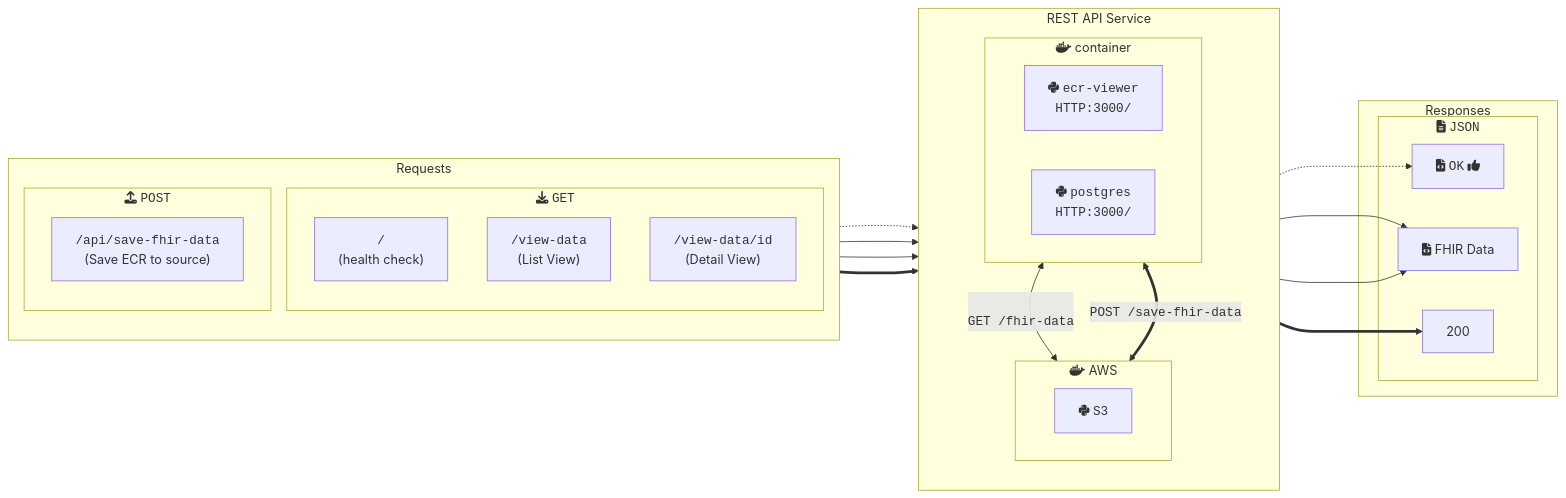
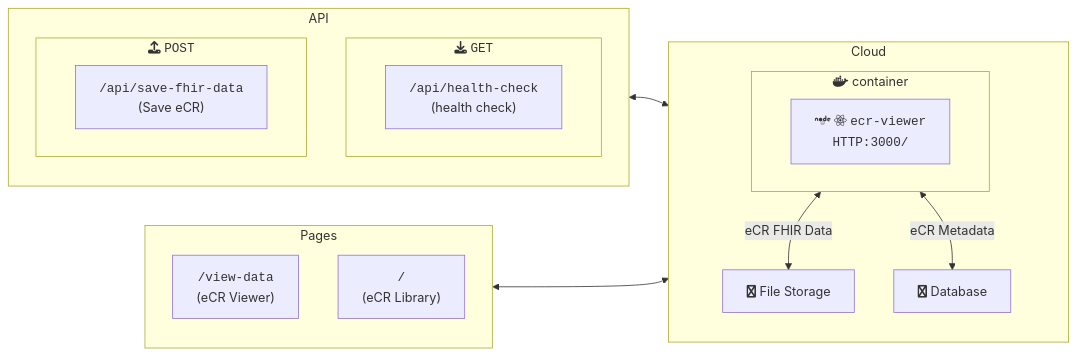
Before and after one commit to BobanL/ecr-viewer-1: the first of 2 diagrams in containers/ecr-viewer/README.md, drawn with Mermaid.

Commit message:
docs: update mermaid architecture diagram

````diff
--- a/containers/ecr-viewer/README.md
+++ b/containers/ecr-viewer/README.md
@@ -141,44 +141,34 @@
 ```mermaid
 flowchart LR
 
-  subgraph requests["Requests"]
+  subgraph api["API"]
     direction TB
     subgraph GET["fas:fa-download <code>GET</code>"]
-      hc["<code>/</code>\n(health check)"]
-      viewdata["<code>/view-data</code>\n(List View)"]
-      detail["<code>/view-data/id</code>\n(Detail View)"]
-
+      hc["<code>/api/health-check</code><br />(health check)"]
     end
     subgraph POST["fas:fa-upload <code>POST</code>"]
-      ecr["<code>/api/save-fhir-data</code>\n(Save ECR to source)"]
+      saveFhirData["<code>/api/save-fhir-data</code><br />(Save eCR)"]
     end
   end
 
+  subgraph pages["Pages"]
+    direction TB
+      view-data["<code>/view-data</code><br />(eCR Viewer)"]
+      ecr["<code>/</code><br />(eCR Library)"]
+  end
 
-  subgraph service[REST API Service]
+  subgraph service[Cloud]
     direction TB
     subgraph mr["fab:fa-docker container"]
-      viewer["fab:fa-python <code>ecr-viewer<br>HTTP:3000/</code>"]
-	  postgres["fab:fa-python <code>postgres<br>HTTP:3000/</code>"]
+      viewer["fab:fa-node fab:fa-react <code>ecr-viewer<br>HTTP:3000/</code>"]
     end
-    subgraph aws["fab:fa-docker AWS"]
-      s3["fab:fa-python <code>S3</code>"]
-    end
-    mr <--> |<br><code>GET /fhir-data</code>| aws
-	mr <==> |<code>POST /save-fhir-data</code>| aws
+    fileStorage["fab:fa-file File Storage"]
+    postgres["fab:fa-database Database"]
 
+	mr <--> |eCR FHIR Data| fileStorage
+	mr <--> |eCR Metadata| postgres
   end
 
-  subgraph response["Responses"]
-    subgraph JSON["fa:fa-file-alt <code>JSON</code>"]
-      rsp-hc["fa:fa-file-code <code>OK</code> fa:fa-thumbs-up"]
-      fhirdata["fa:fa-file-code FHIR Data"]
-	  post-ecr["200"]
-    end
-  end
-
-hc -.-> mr -.-> rsp-hc
-viewdata --> mr --> fhirdata
-detail --> mr --> fhirdata
-ecr ===> mr ===> post-ecr
+  api <--> mr
+  pages <--> mr
 ```
````
